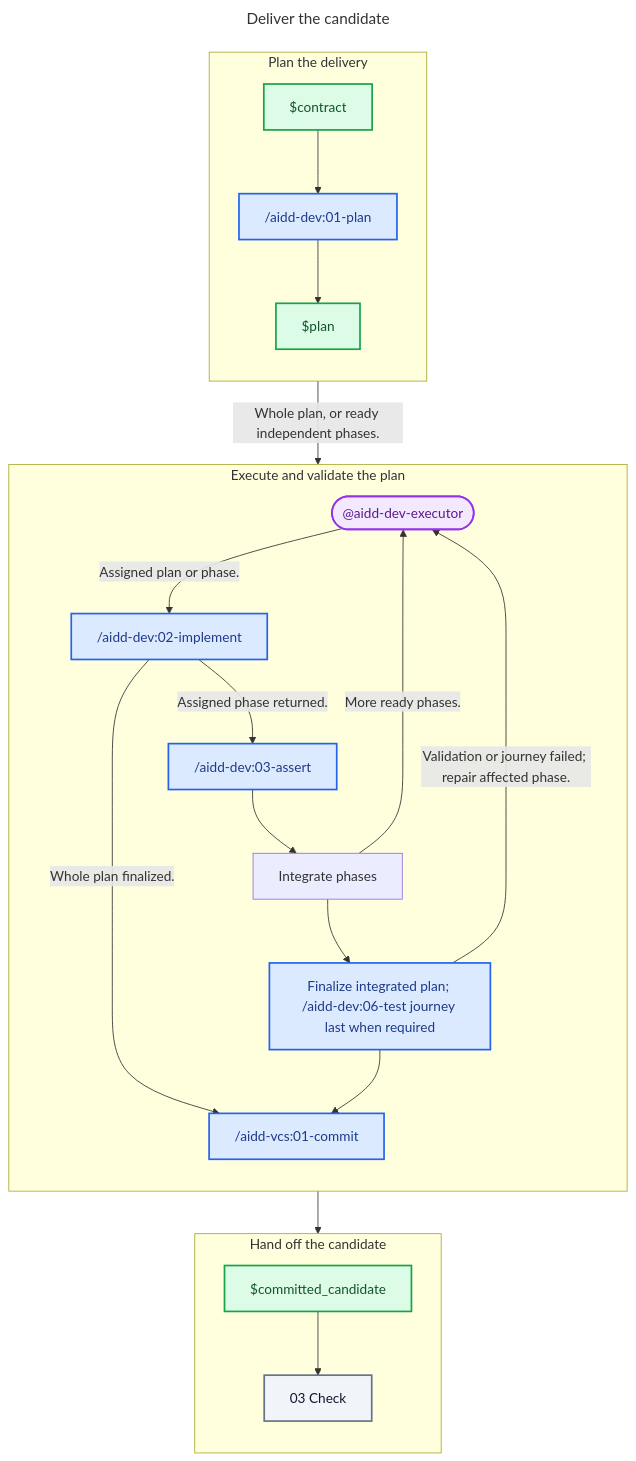
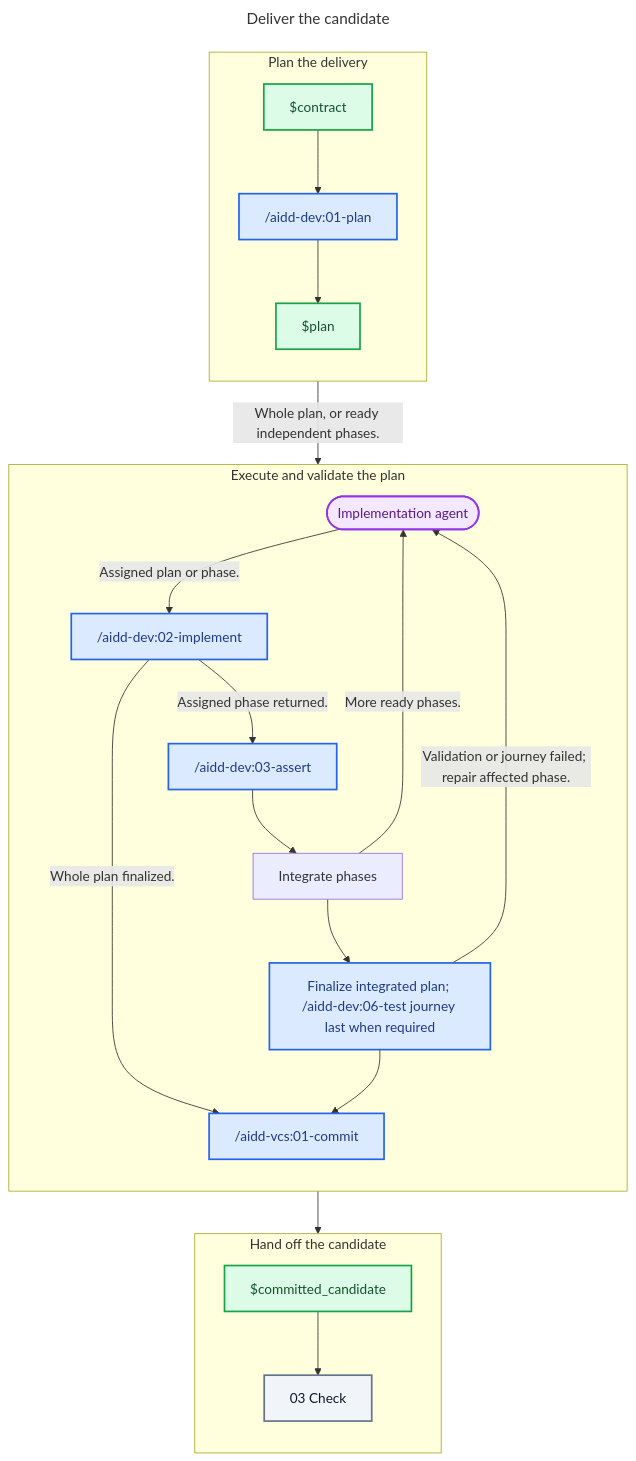
Before and after one commit to ai-driven-dev/framework: the diagram in plugins/aidd-orchestrator/skills/01-sdlc/references/02-deliver.md, drawn with Mermaid. The commit also changed 18 other files, not shown here.

````diff
--- a/plugins/aidd-orchestrator/skills/01-sdlc/references/02-deliver.md
+++ b/plugins/aidd-orchestrator/skills/01-sdlc/references/02-deliver.md
@@ -11,52 +11,52 @@
 ```mermaid
 ---
 title: Deliver the candidate
 ---
 flowchart TD
   subgraph PlanStage["Plan the delivery"]
     direction TB
     Contract["$contract"]
     Plan["/aidd-dev:01-plan"]
     PlanArtifact["$plan"]
   end
 
   subgraph ExecuteStage["Execute and validate the plan"]
     direction TB
-    Executor(["@aidd-dev-executor"])
+    Executor(["Implementation agent"])
     Implement["/aidd-dev:02-implement"]
     Assert["/aidd-dev:03-assert"]
     Integrate["Integrate phases"]
     Finalize["Finalize integrated plan; /aidd-dev:06-test journey last when required"]
     Commit["/aidd-vcs:01-commit"]
   end
 
   subgraph HandoffStage["Hand off the candidate"]
     direction TB
     CommittedCandidate["$committed_candidate"]
     Check["03 Check"]
   end
 
   Contract --> Plan
   Plan --> PlanArtifact
   PlanArtifact -- "Whole plan, or ready independent phases." --> Executor
   Executor -- "Assigned plan or phase." --> Implement
   Implement -- "Whole plan finalized." --> Commit
   Implement -- "Assigned phase returned." --> Assert
   Assert --> Integrate
   Integrate -- "More ready phases." --> Executor
   Integrate --> Finalize
   Finalize -- "Validation or journey failed; repair affected phase." --> Executor
   Finalize --> Commit
   Commit --> CommittedCandidate
   CommittedCandidate --> Check
 
   classDef skill fill:#DBEAFE,stroke:#2563EB,color:#1E3A8A,stroke-width:2px
   classDef agent fill:#F3E8FF,stroke:#9333EA,color:#581C87,stroke-width:2px
   classDef artifact fill:#DCFCE7,stroke:#16A34A,color:#14532D,stroke-width:2px
   classDef zone fill:#F1F5F9,stroke:#64748B,color:#0F172A,stroke-width:2px
 
   class Plan,Implement,Assert,Finalize,Commit skill
   class Executor agent
   class Contract,PlanArtifact,CommittedCandidate artifact
   class Check zone
 ```
````
